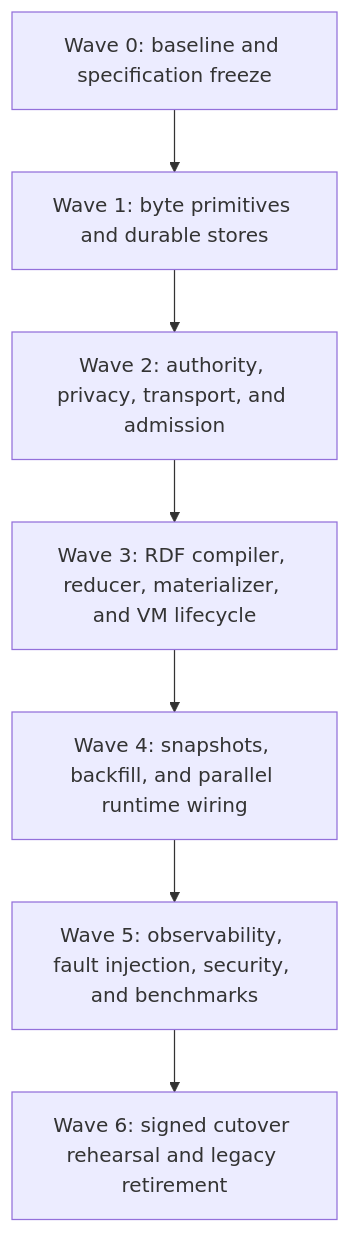
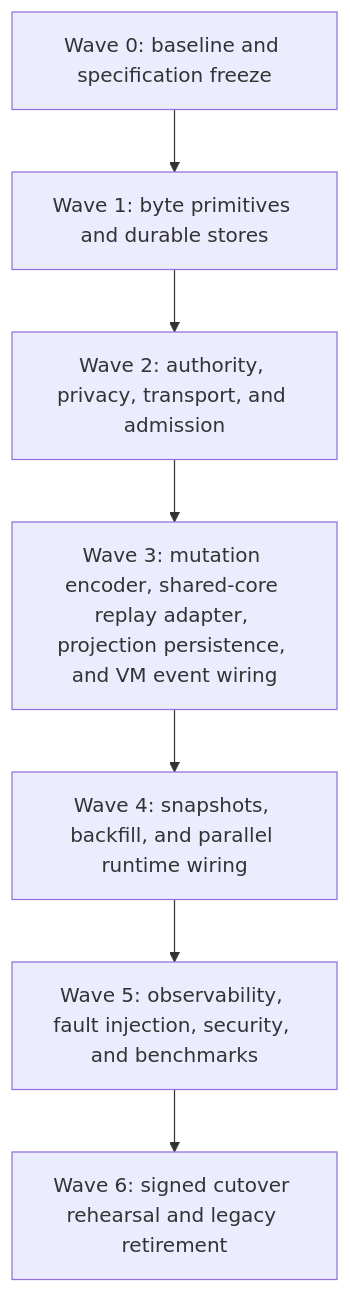
The diagram in docs/active-now/wal-parallel-protocol-task-pack/README.md (OriginTrail/dkg), drawn with Mermaid before and after one commit. The commit also changed other lines of this file and 32 other files, not shown here.

Commit message:
Enforce one shared DKG semantic core

````diff
--- a/docs/active-now/wal-parallel-protocol-task-pack/README.md
+++ b/docs/active-now/wal-parallel-protocol-task-pack/README.md
@@ -72,9 +78,9 @@
 ```mermaid
 flowchart TD
     A["Wave 0: baseline and specification freeze"] --> B["Wave 1: byte primitives and durable stores"]
     B --> C["Wave 2: authority, privacy, transport, and admission"]
-    C --> D["Wave 3: RDF compiler, reducer, materializer, and VM lifecycle"]
+    C --> D["Wave 3: mutation encoder, shared-core replay adapter, projection persistence, and VM event wiring"]
     D --> E["Wave 4: snapshots, backfill, and parallel runtime wiring"]
     E --> F["Wave 5: observability, fault injection, security, and benchmarks"]
     F --> G["Wave 6: signed cutover rehearsal and legacy retirement"]
 ```
````
